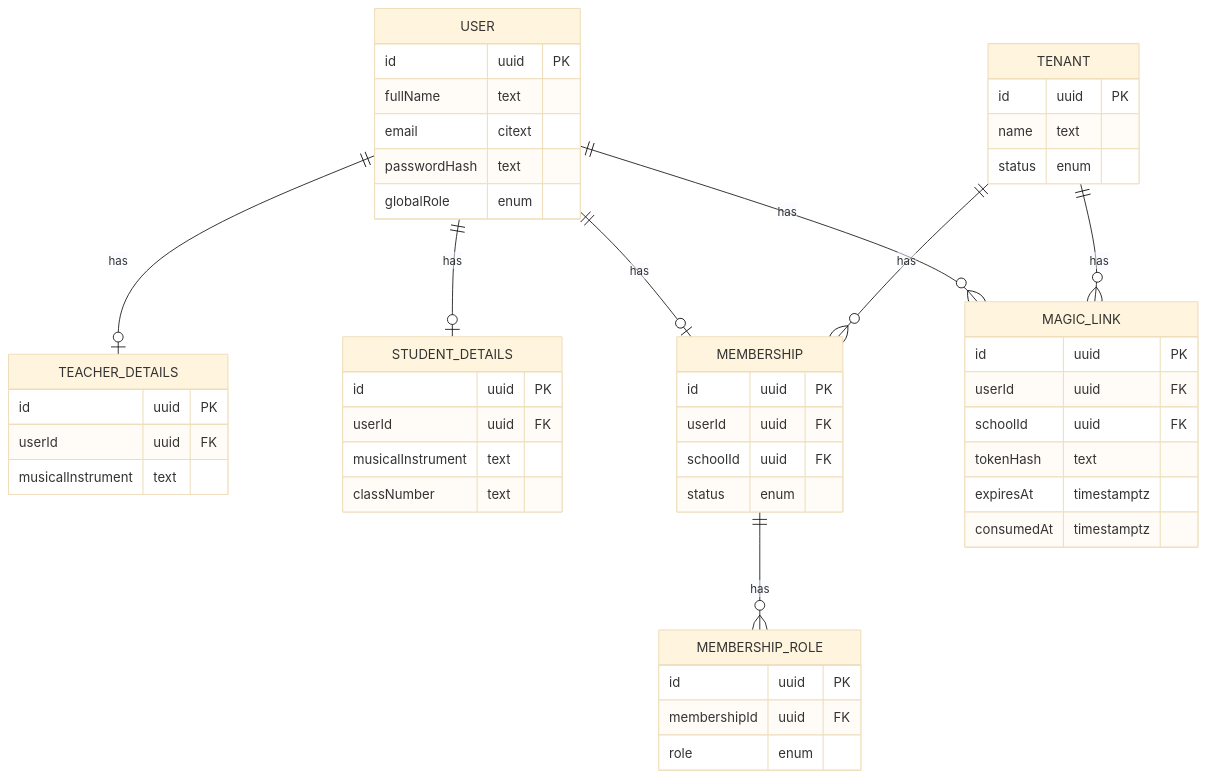
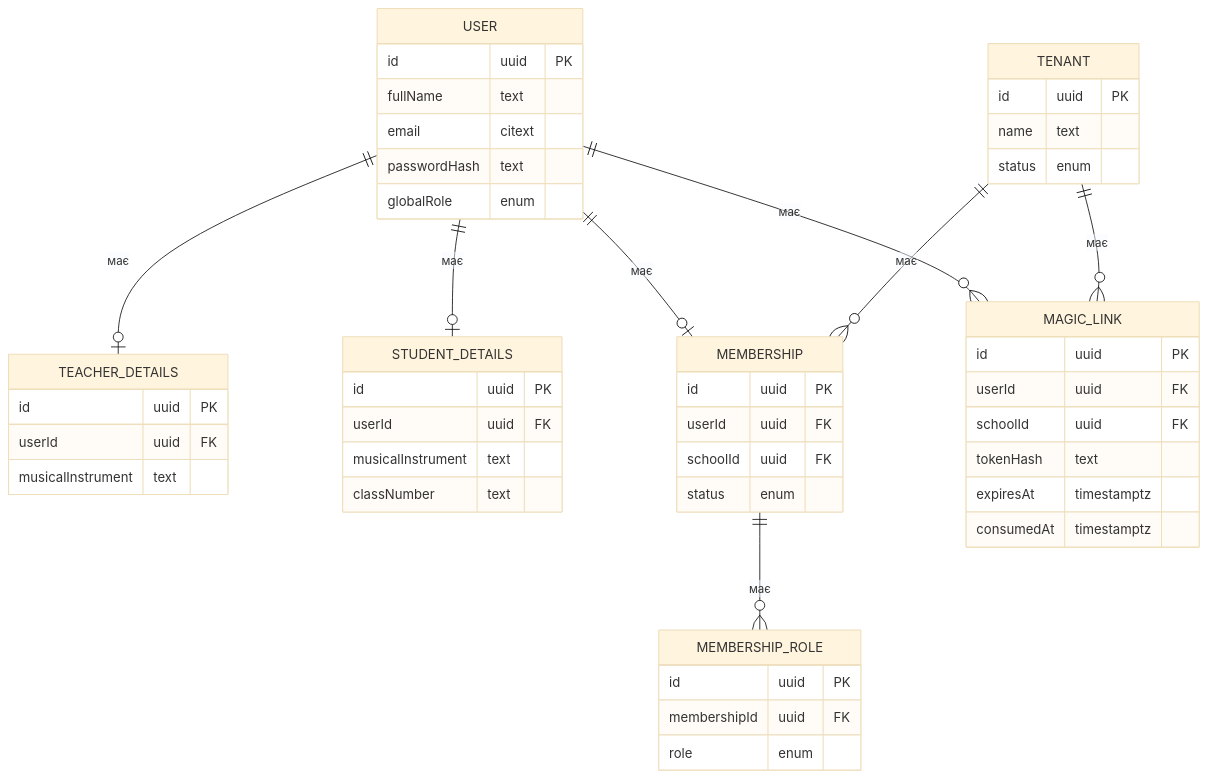
One commit to KaterynaKocheharova/Multi-tenant-architecture changed the second of 4 diagrams in architecture-homework/diagrams/erd.md. Above: the diagram before and after it, drawn with Mermaid (base theme). The commit also changed other lines of this file, not shown here.

Commit message:
translate erd.md

````diff
--- a/architecture-homework/diagrams/erd.md
+++ b/architecture-homework/diagrams/erd.md
@@ -160,60 +160,60 @@
 ```mermaid
 erDiagram
     direction TB
     TENANT {
         id uuid PK
         name text
         status enum
     }
 
     USER {
         id uuid PK
         fullName text
         email citext
         passwordHash text
         globalRole enum
     }
 
     TEACHER_DETAILS {
         id uuid PK
         userId uuid FK
         musicalInstrument text
     }
 
     STUDENT_DETAILS {
         id uuid PK
         userId uuid FK
         musicalInstrument text
         classNumber text
     }
 
     MEMBERSHIP {
         id uuid PK
         userId uuid FK
         schoolId uuid FK
         status enum
     }
 
     MEMBERSHIP_ROLE {
         id uuid PK
         membershipId uuid FK
         role enum
     }
 
     MAGIC_LINK {
         id uuid PK
         userId uuid FK
         schoolId uuid FK
         tokenHash text
         expiresAt timestamptz
         consumedAt timestamptz
     }
 
-    USER ||--o| TEACHER_DETAILS : has
-    USER ||--o| STUDENT_DETAILS : has
-    USER ||--o| MEMBERSHIP : has
-    USER ||--o{ MAGIC_LINK : has
-    TENANT ||--o{ MEMBERSHIP : has
-    TENANT ||--o{ MAGIC_LINK : has
-    MEMBERSHIP ||--o{ MEMBERSHIP_ROLE : has
+    USER ||--o| TEACHER_DETAILS : має
+    USER ||--o| STUDENT_DETAILS : має
+    USER ||--o| MEMBERSHIP : має
+    USER ||--o{ MAGIC_LINK : має
+    TENANT ||--o{ MEMBERSHIP : має
+    TENANT ||--o{ MAGIC_LINK : має
+    MEMBERSHIP ||--o{ MEMBERSHIP_ROLE : має
 ```
````
